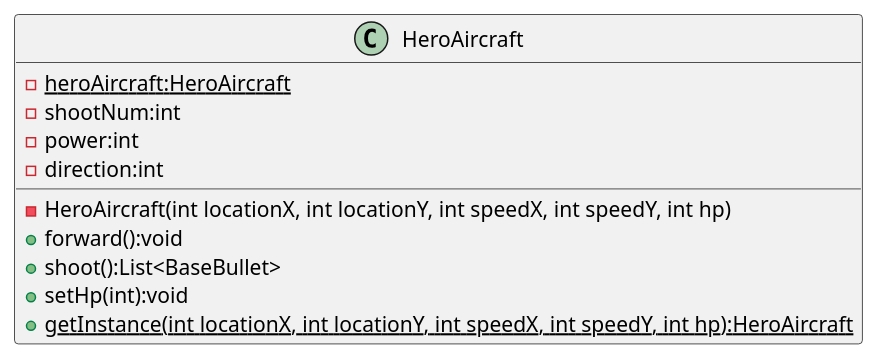
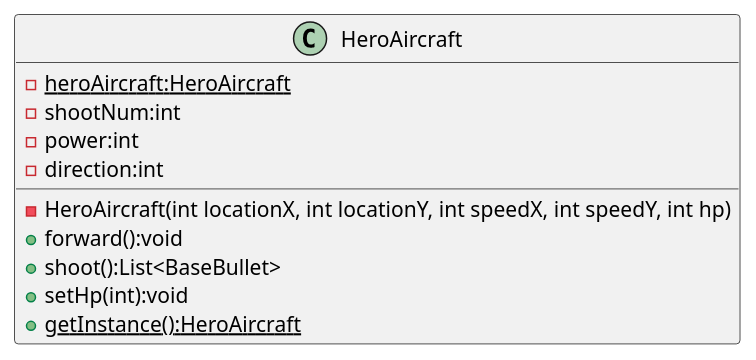
Before and after one commit to Stone749990226/AircraftWar: the diagram in uml/uml_exp2_Singleton.puml, drawn with PlantUML. The commit also changed 11 other files, not shown here.

```diff
--- a/uml/uml_exp2_Singleton.puml
+++ b/uml/uml_exp2_Singleton.puml
@@ -1,13 +1,13 @@
 @startuml
 class HeroAircraft{
 - {static} heroAircraft:HeroAircraft
 - shootNum:int
 - power:int
 - direction:int
 - HeroAircraft(int locationX, int locationY, int speedX, int speedY, int hp)
 + forward():void
 + shoot():List<BaseBullet>
 + setHp(int):void
-+ {static} getInstance(int locationX, int locationY, int speedX, int speedY, int hp):HeroAircraft
++ {static} getInstance():HeroAircraft
 }
 @enduml
```
